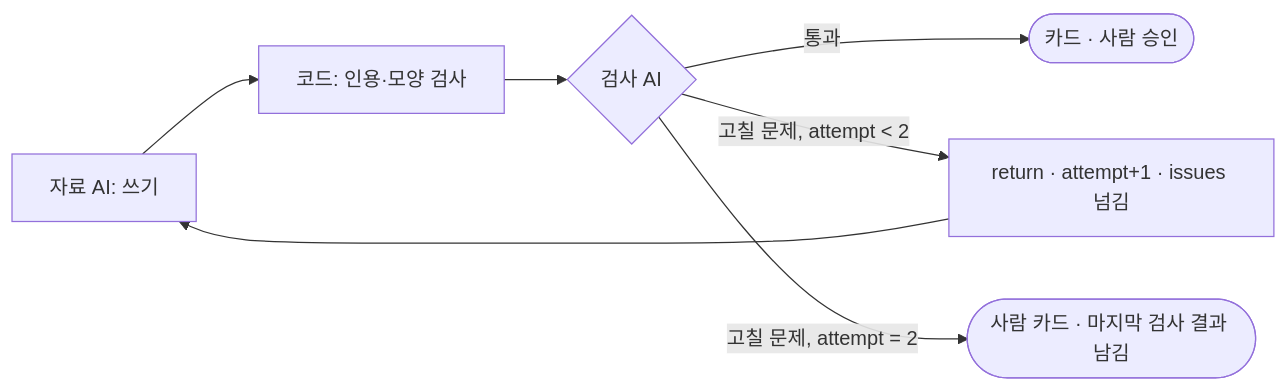
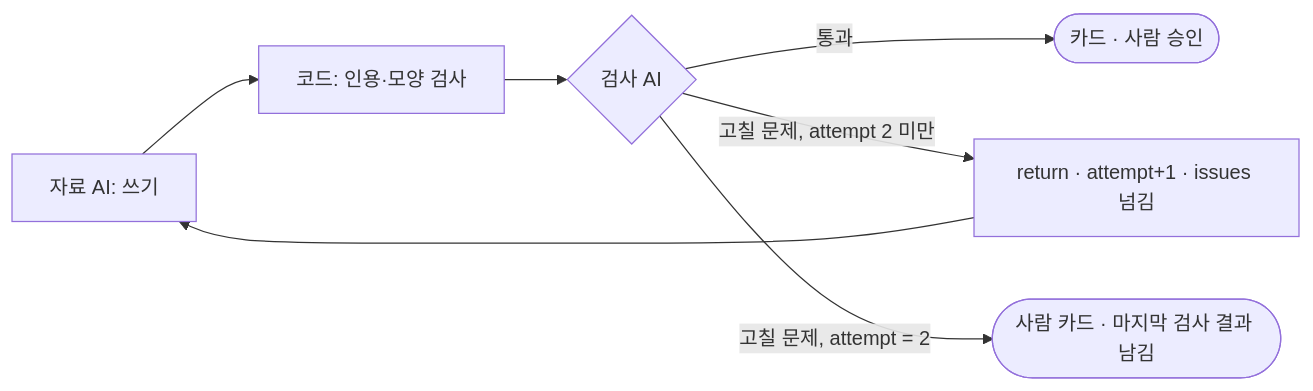
Before and after one commit to aio-final-2team/FinalProject_2Team: the fourth of 5 diagrams in Docs/Step3/T47_멀티에이전트_협업_아키텍처_설계서.md, drawn with Mermaid. The commit also changed other lines of this file, not shown here.

````diff
--- a/Docs/Step3/T47_멀티에이전트_협업_아키텍처_설계서.md
+++ b/Docs/Step3/T47_멀티에이전트_협업_아키텍처_설계서.md
@@ -225,9 +228,9 @@
 ```mermaid
 flowchart LR
     W[자료 AI: 쓰기] --> V[코드: 인용·모양 검사]
     V --> CK{검사 AI}
     CK -->|통과| OK([카드 · 사람 승인])
-    CK -->|"고칠 문제, attempt < 2"| RT[return · attempt+1 · issues 넘김]
+    CK -->|"고칠 문제, attempt 2 미만"| RT[return · attempt+1 · issues 넘김]
     RT --> W
     CK -->|"고칠 문제, attempt = 2"| HO([사람 카드 · 마지막 검사 결과 남김])
 ```
````
